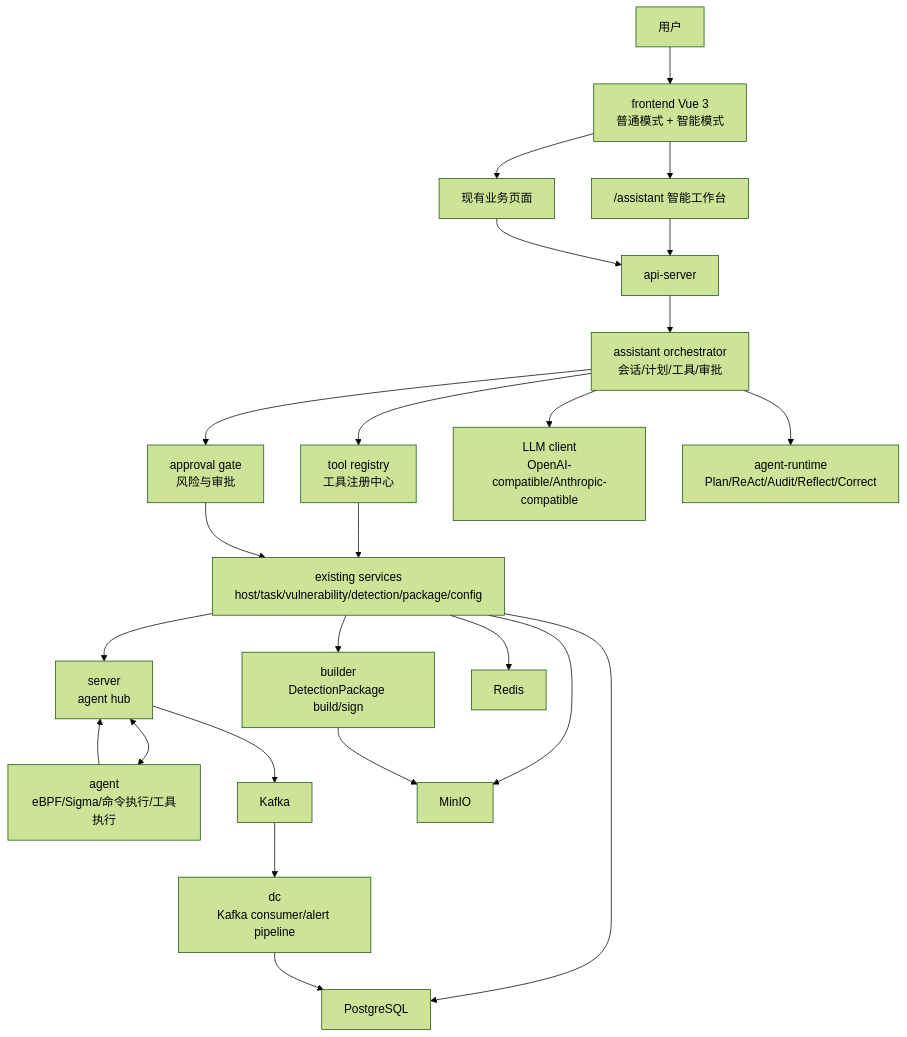
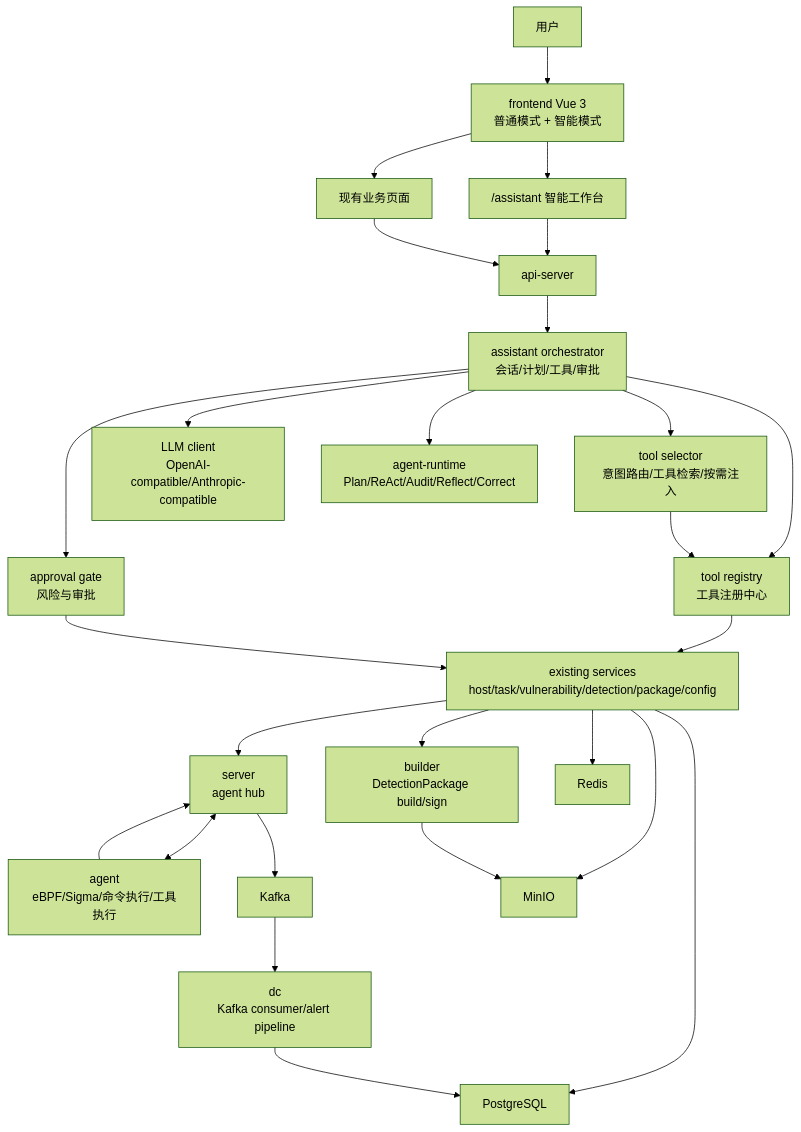
Before and after one commit to alex-chenc/aegis: the first of 5 diagrams in docs/aegis_system_design_v6.0/overall_architecture_design_v6.0.md, drawn with Mermaid (forest theme). The commit also changed other lines of this file and 8 other files, not shown here.

````diff
--- a/docs/aegis_system_design_v6.0/overall_architecture_design_v6.0.md
+++ b/docs/aegis_system_design_v6.0/overall_architecture_design_v6.0.md
@@ -17,51 +19,54 @@
 ```mermaid
 flowchart TB
   User["用户"]
   Frontend["frontend Vue 3<br/>普通模式 + 智能模式"]
   AssistantUI["/assistant 智能工作台"]
   NormalUI["现有业务页面"]
 
   APIServer["api-server"]
   Assistant["assistant orchestrator<br/>会话/计划/工具/审批"]
   ToolRegistry["tool registry<br/>工具注册中心"]
+  ToolSelector["tool selector<br/>意图路由/工具检索/按需注入"]
   ApprovalGate["approval gate<br/>风险与审批"]
   BusinessServices["existing services<br/>host/task/vulnerability/detection/package/config"]
   LLM["LLM client<br/>OpenAI-compatible/Anthropic-compatible"]
   Runtime["agent-runtime<br/>Plan/ReAct/Audit/Reflect/Correct"]
 
   Server["server<br/>agent hub"]
   Agent["agent<br/>eBPF/Sigma/命令执行/工具执行"]
   DC["dc<br/>Kafka consumer/alert pipeline"]
   Builder["builder<br/>DetectionPackage build/sign"]
 
   PG["PostgreSQL"]
   Redis["Redis"]
   Kafka["Kafka"]
   MinIO["MinIO"]
 
   User --> Frontend
   Frontend --> AssistantUI
   Frontend --> NormalUI
   AssistantUI --> APIServer
   NormalUI --> APIServer
 
   APIServer --> Assistant
   Assistant --> Runtime
   Assistant --> LLM
   Assistant --> ToolRegistry
+  Assistant --> ToolSelector
   Assistant --> ApprovalGate
+  ToolSelector --> ToolRegistry
   ToolRegistry --> BusinessServices
   ApprovalGate --> BusinessServices
   BusinessServices --> PG
   BusinessServices --> Redis
   BusinessServices --> MinIO
   BusinessServices --> Server
   BusinessServices --> Builder
 
   Server <--> Agent
   Agent --> Server
   Server --> Kafka
   Kafka --> DC
   DC --> PG
   Builder --> MinIO
 ```
````
